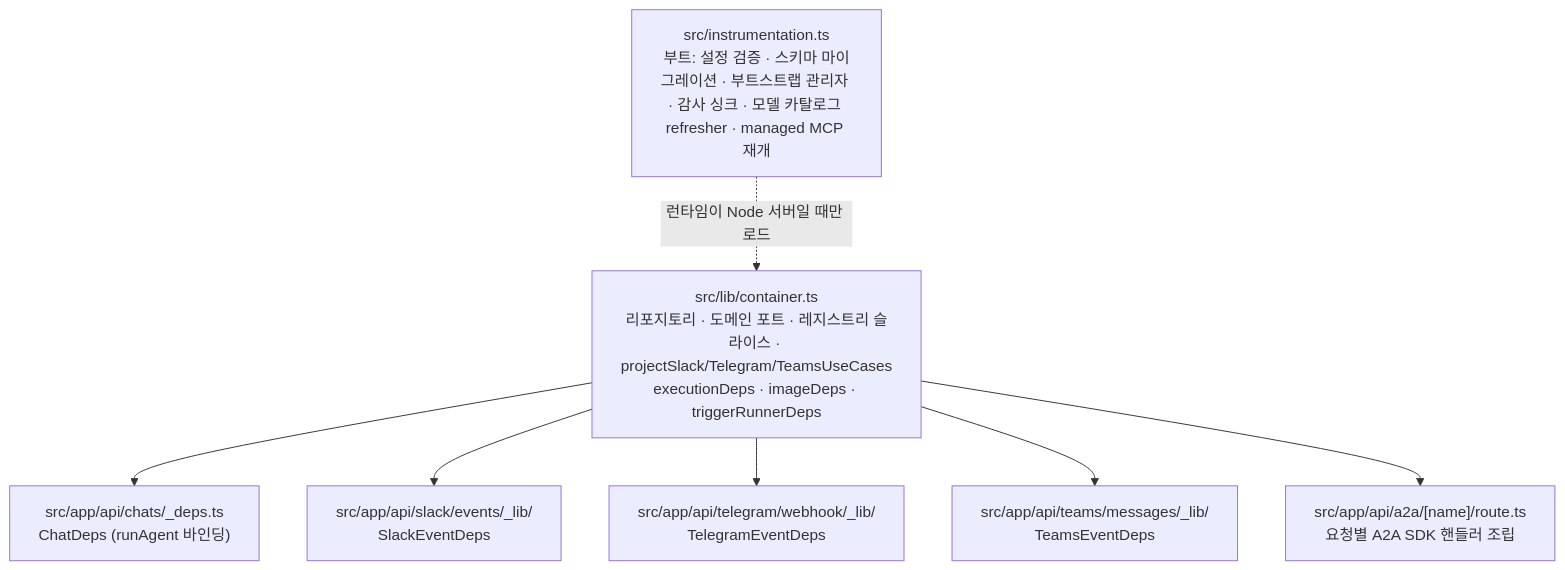
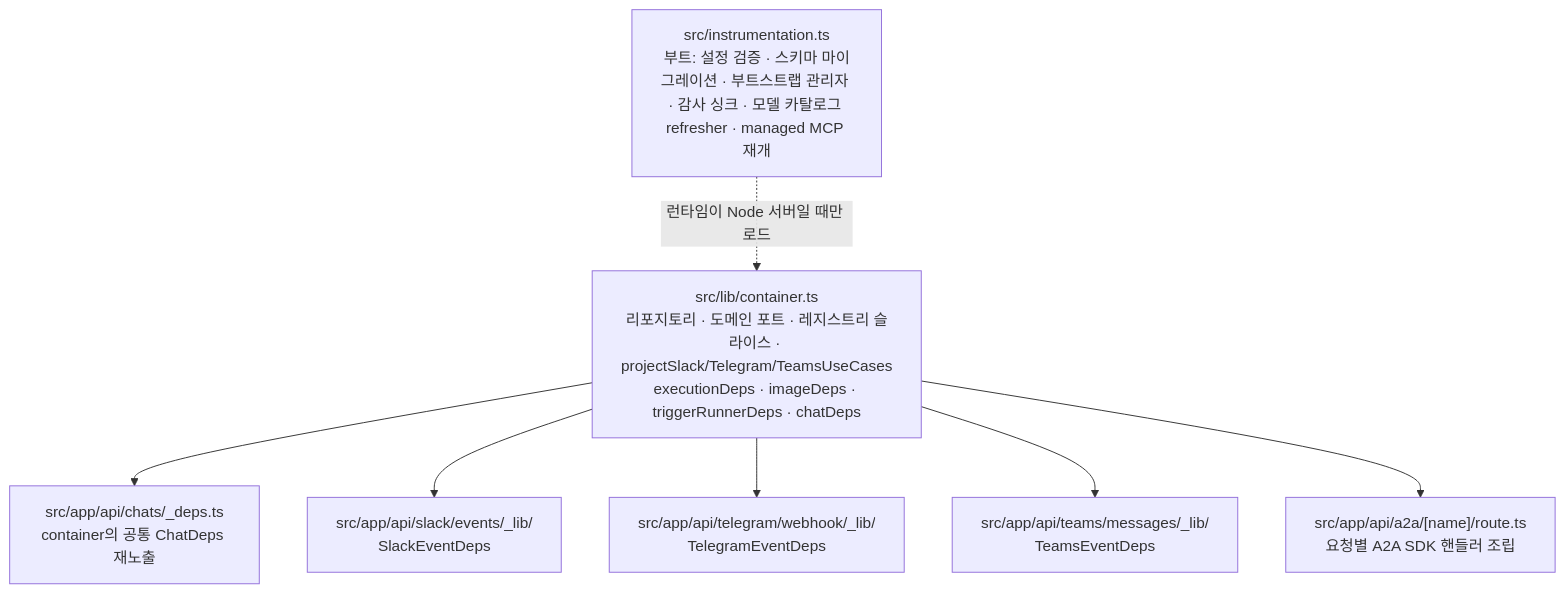
Before and after one commit to opspresso/agent-studio: the fifth of 9 diagrams in docs/DIAGRAMS.md, drawn with Mermaid. The commit also changed other lines of this file and 25 other files, not shown here.

````diff
--- a/docs/DIAGRAMS.md
+++ b/docs/DIAGRAMS.md
@@ -191,17 +190,17 @@
 ```mermaid
 flowchart TB
-  container["src/lib/container.ts<br/>리포지토리 · 도메인 포트 · 레지스트리 슬라이스 · projectSlack/Telegram/TeamsUseCases<br/>executionDeps · imageDeps · triggerRunnerDeps"]
-  chatdeps["src/app/api/chats/_deps.ts<br/>ChatDeps (runAgent 바인딩)"]
+  container["src/lib/container.ts<br/>리포지토리 · 도메인 포트 · 레지스트리 슬라이스 · projectSlack/Telegram/TeamsUseCases<br/>executionDeps · imageDeps · triggerRunnerDeps · chatDeps"]
+  chatdeps["src/app/api/chats/_deps.ts<br/>container의 공통 ChatDeps 재노출"]
   slackdeps["src/app/api/slack/events/_lib/<br/>SlackEventDeps"]
   tgdeps["src/app/api/telegram/webhook/_lib/<br/>TelegramEventDeps"]
   teamsdeps["src/app/api/teams/messages/_lib/<br/>TeamsEventDeps"]
   a2aroute["src/app/api/a2a/[name]/route.ts<br/>요청별 A2A SDK 핸들러 조립"]
   boot["src/instrumentation.ts<br/>부트: 설정 검증 · 스키마 마이그레이션 · 부트스트랩 관리자 · 감사 싱크 · 모델 카탈로그 refresher · managed MCP 재개"]
 
   container --> chatdeps
   container --> slackdeps
   container --> tgdeps
   container --> teamsdeps
   container --> a2aroute
   boot -.->|"런타임이 Node 서버일 때만 로드"| container
 ```
````
